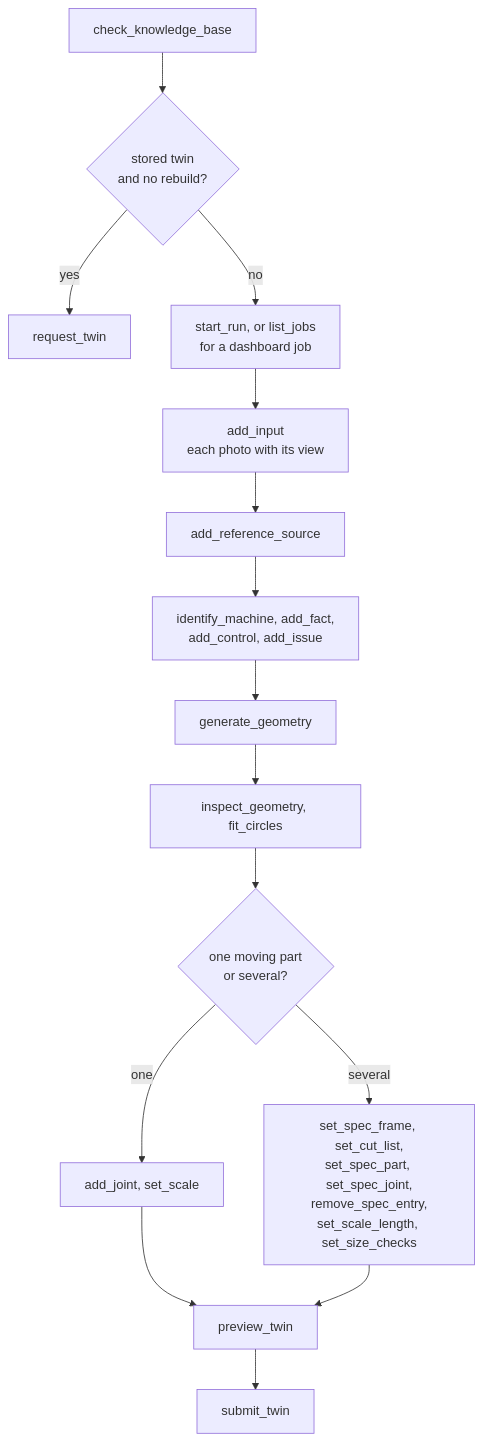
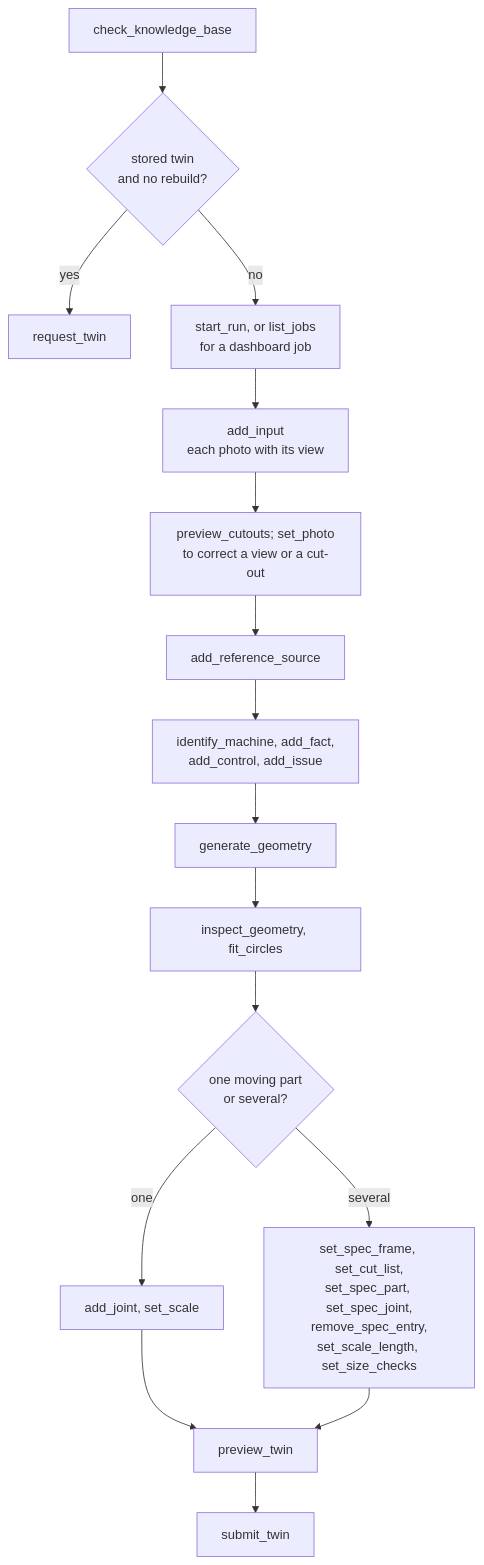
One commit to DanSweet734/MoonWalkers---Multimodal-Digital-Twin-Generator changed the eighth of 8 diagrams in docs/how-a-twin-is-built.md. Above: the diagram before and after it, drawn with Mermaid. The commit also changed other lines of this file and 24 other files, not shown here.

First line of the commit message:
feat: cut the machine out of each photo with SAM, a crop box or a drawn mask

````diff
--- a/docs/how-a-twin-is-built.md
+++ b/docs/how-a-twin-is-built.md
@@ -188,17 +188,18 @@
 ```mermaid
 flowchart TB
     S0["check_knowledge_base"] --> S1{"stored twin<br/>and no rebuild?"}
     S1 -->|"yes"| RT["request_twin"]
     S1 -->|"no"| SR["start_run, or list_jobs<br/>for a dashboard job"]
     SR --> AI["add_input<br/>each photo with its view"]
-    AI --> RS["add_reference_source"]
+    AI --> PC["preview_cutouts; set_photo<br/>to correct a view or a cut-out"]
+    PC --> RS["add_reference_source"]
     RS --> ID["identify_machine, add_fact,<br/>add_control, add_issue"]
     ID --> GG["generate_geometry"]
     GG --> IG["inspect_geometry, fit_circles"]
     IG --> ONE{"one moving part<br/>or several?"}
     ONE -->|"one"| J1["add_joint, set_scale"]
     ONE -->|"several"| JN["set_spec_frame, set_cut_list,<br/>set_spec_part, set_spec_joint,<br/>remove_spec_entry,<br/>set_scale_length, set_size_checks"]
     J1 --> PV["preview_twin"]
     JN --> PV
     PV --> ST["submit_twin"]
 ```
````
